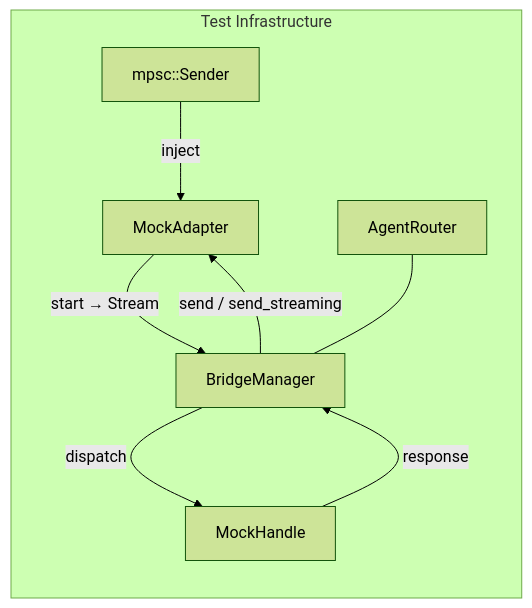
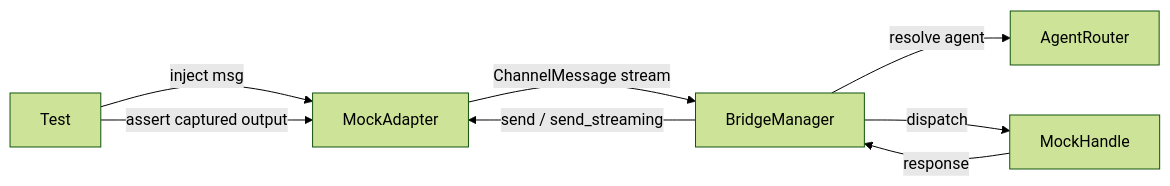
One commit to leszek3737/librefang-WIki changed the diagram in other-librefang-channels-tests.md. Above: the diagram before and after it, drawn with Mermaid (forest theme). The commit also changed other lines of this file and 93 other files, not shown here.

````diff
--- a/other-librefang-channels-tests.md
+++ b/other-librefang-channels-tests.md
@@ -11,11 +9,10 @@
 ```mermaid
 graph LR
-    subgraph "Test Infrastructure"
-        TX[mpsc::Sender] -->|inject| MA[MockAdapter]
-        MA -->|start → Stream| BM[BridgeManager]
-        BM -->|dispatch| MH[MockHandle]
-        MH -->|response| BM
-        BM -->|send / send_streaming| MA
-        AR[AgentRouter] --- BM
-    end
+    T[Test] -->|inject msg| MA[MockAdapter]
+    MA -->|ChannelMessage stream| BM[BridgeManager]
+    BM -->|resolve agent| AR[AgentRouter]
+    BM -->|dispatch| MH[MockHandle]
+    MH -->|response| BM
+    BM -->|send / send_streaming| MA
+    T -->|assert captured output| MA
 ```
````
